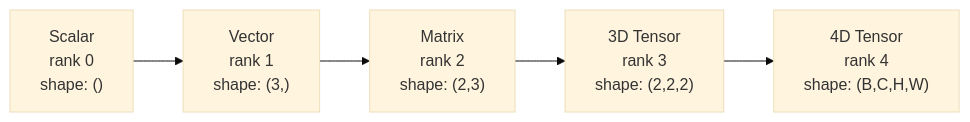
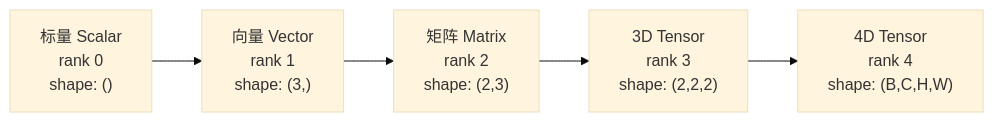
Before and after one commit to JerryC8080/ai-engineering-from-scratch-zh: the first of 4 diagrams in phases/01-math-foundations/12-tensor-operations/docs/zh.md, drawn with Mermaid (base theme). The commit also changed other lines of this file and 156 other files, not shown here.

First line of the commit message:
i18n(zh): translate mermaid diagram labels in 157 lesson zh.md

````diff
--- a/phases/01-math-foundations/12-tensor-operations/docs/zh.md
+++ b/phases/01-math-foundations/12-tensor-operations/docs/zh.md
@@ -33,7 +33,7 @@
 ```mermaid
 graph LR
-    S["Scalar<br/>rank 0<br/>shape: ()"] --> V["Vector<br/>rank 1<br/>shape: (3,)"]
-    V --> M["Matrix<br/>rank 2<br/>shape: (2,3)"]
+    S["标量 Scalar<br/>rank 0<br/>shape: ()"] --> V["向量 Vector<br/>rank 1<br/>shape: (3,)"]
+    V --> M["矩阵 Matrix<br/>rank 2<br/>shape: (2,3)"]
     M --> T3["3D Tensor<br/>rank 3<br/>shape: (2,2,2)"]
     T3 --> T4["4D Tensor<br/>rank 4<br/>shape: (B,C,H,W)"]
 ```
````
